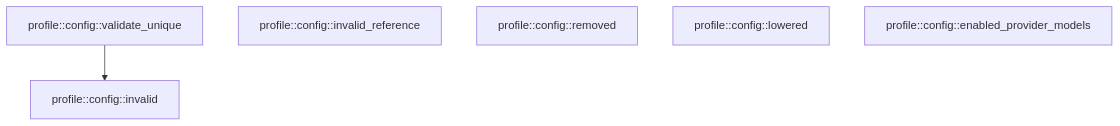
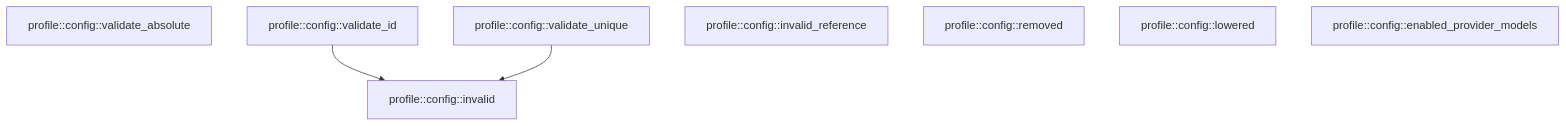
One commit to TekesApps/TekesKernel changed the fifth of 5 diagrams in crates/profile/docs/generated/src--config.md. Above: the diagram before and after it, drawn with Mermaid. The commit also changed other lines of this file and 84 other files, not shown here.

````diff
--- a/crates/profile/docs/generated/src--config.md
+++ b/crates/profile/docs/generated/src--config.md
@@ -550,10 +557,13 @@
 ```mermaid
 flowchart TD
-  n0["profile::config::validate_unique"]
-  n1["profile::config::invalid"]
-  n2["profile::config::invalid_reference"]
-  n3["profile::config::removed"]
-  n4["profile::config::lowered"]
-  n5["profile::config::enabled_provider_models"]
-  n0 --> n1
+  n0["profile::config::validate_absolute"]
+  n1["profile::config::validate_id"]
+  n2["profile::config::validate_unique"]
+  n3["profile::config::invalid"]
+  n4["profile::config::invalid_reference"]
+  n5["profile::config::removed"]
+  n6["profile::config::lowered"]
+  n7["profile::config::enabled_provider_models"]
+  n1 --> n3
+  n2 --> n3
 ```
````
